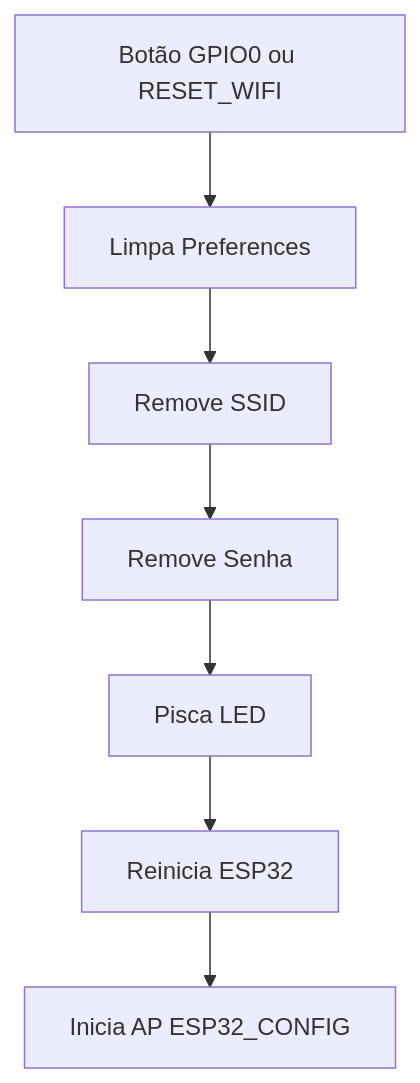
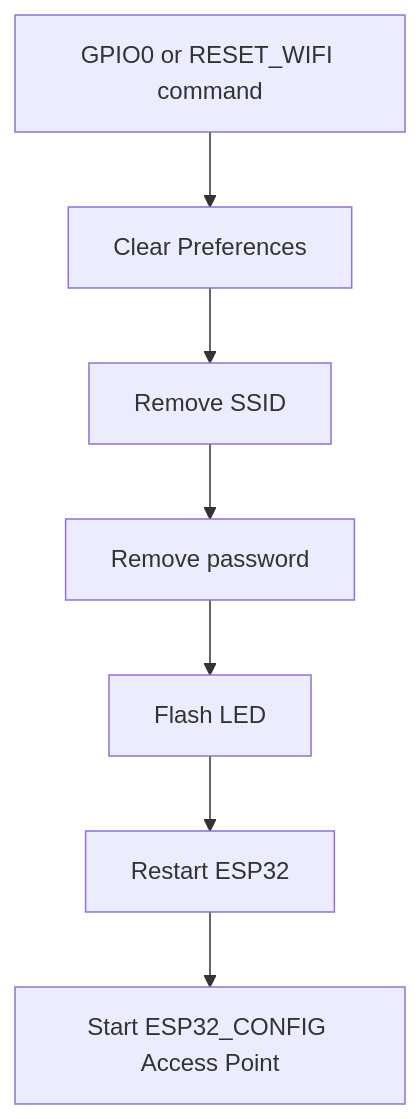
One commit to paulocfmarques-collab/esp32_wifi changed the seventh of 7 diagrams in README.md. Above: the diagram before and after it, drawn with Mermaid. The commit also changed other lines of this file, not shown here.

Commit message:
Professional README refresh with architecture, hardware schematic, data flow, and command reference

````diff
--- a/README.md
+++ b/README.md
@@ -434,14 +337,9 @@
 ```mermaid
 flowchart TD
-
-A[Botão GPIO0 ou RESET_WIFI]
---> B[Limpa Preferences]
-
-B --> C[Remove SSID]
-C --> D[Remove Senha]
-
-D --> E[Pisca LED]
-E --> F[Reinicia ESP32]
-
-F --> G[Inicia AP ESP32_CONFIG]
+    A[GPIO0 or RESET_WIFI command] --> B[Clear Preferences]
+    B --> C[Remove SSID]
+    C --> D[Remove password]
+    D --> E[Flash LED]
+    E --> F[Restart ESP32]
+    F --> G[Start ESP32_CONFIG Access Point]
 ```
````
